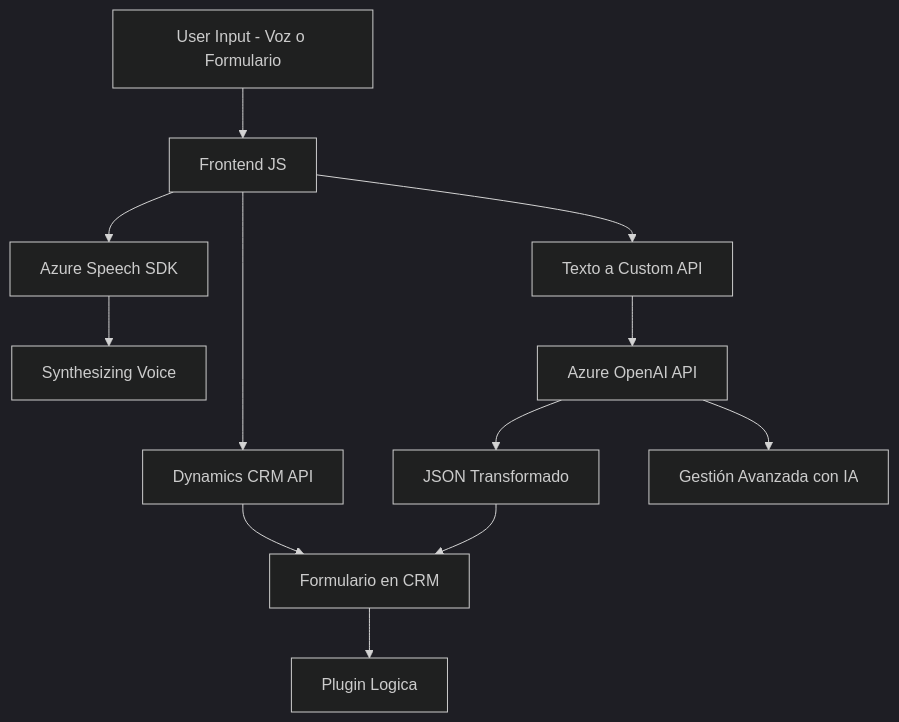
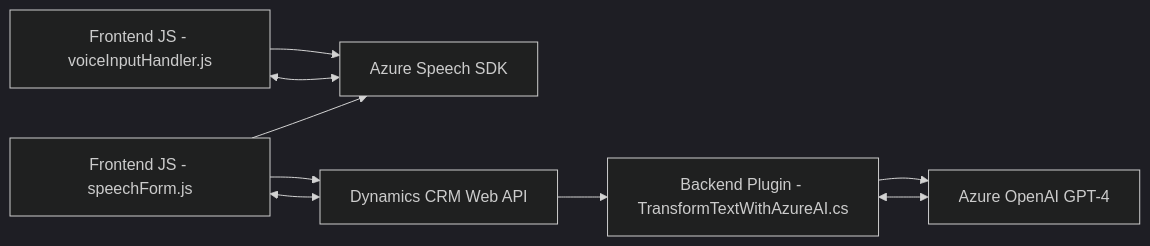
Before and after one commit to blopezdm/NETCORE_BILBAO2025: the diagram in README.md, drawn with Mermaid (dark theme). The commit also changed other lines of this file, not shown here.

Commit message:
Actualizar análisis global de la solución con IA

````diff
--- a/README.md
+++ b/README.md
@@ -32,14 +39,18 @@
 ```mermaid
-graph TD
-  A["User Input - Voz o Formulario"] --> B["Frontend JS"]
-  B["Frontend JS"] --> C["Azure Speech SDK"]
-  C["Azure Speech SDK"] --> D["Synthesizing Voice"]
-  B["Frontend JS"] --> E["Dynamics CRM API"]
-  E["Dynamics CRM API"] --> F["Formulario en CRM"]
-  B["Frontend JS"] --> G["Texto a Custom API"]
-  G["Texto a Custom API"] --> H["Azure OpenAI API"]
-  H["Azure OpenAI API"] --> J["JSON Transformado"]
-  J["JSON Transformado"] --> F["Formulario en CRM"]
-  F["Formulario en CRM"] --> I["Plugin Logica"]
-  H["Azure OpenAI API"] --> K["Gestión Avanzada con IA"]
+graph LR
+    A["Frontend JS - voiceInputHandler.js"]
+    B["Frontend JS - speechForm.js"]
+    C["Backend Plugin - TransformTextWithAzureAI.cs"]
+    D["Azure Speech SDK"]
+    E["Azure OpenAI GPT-4"]
+    F["Dynamics CRM API"]
+
+    A --> D["Azure Speech SDK"]
+    B --> D
+    B --> F["Dynamics CRM Web API"]
+    C --> E["Azure OpenAI GPT-4"]
+    F --> C
+    D <--> A
+    E <--> C
+    F <--> B
 ```
````
